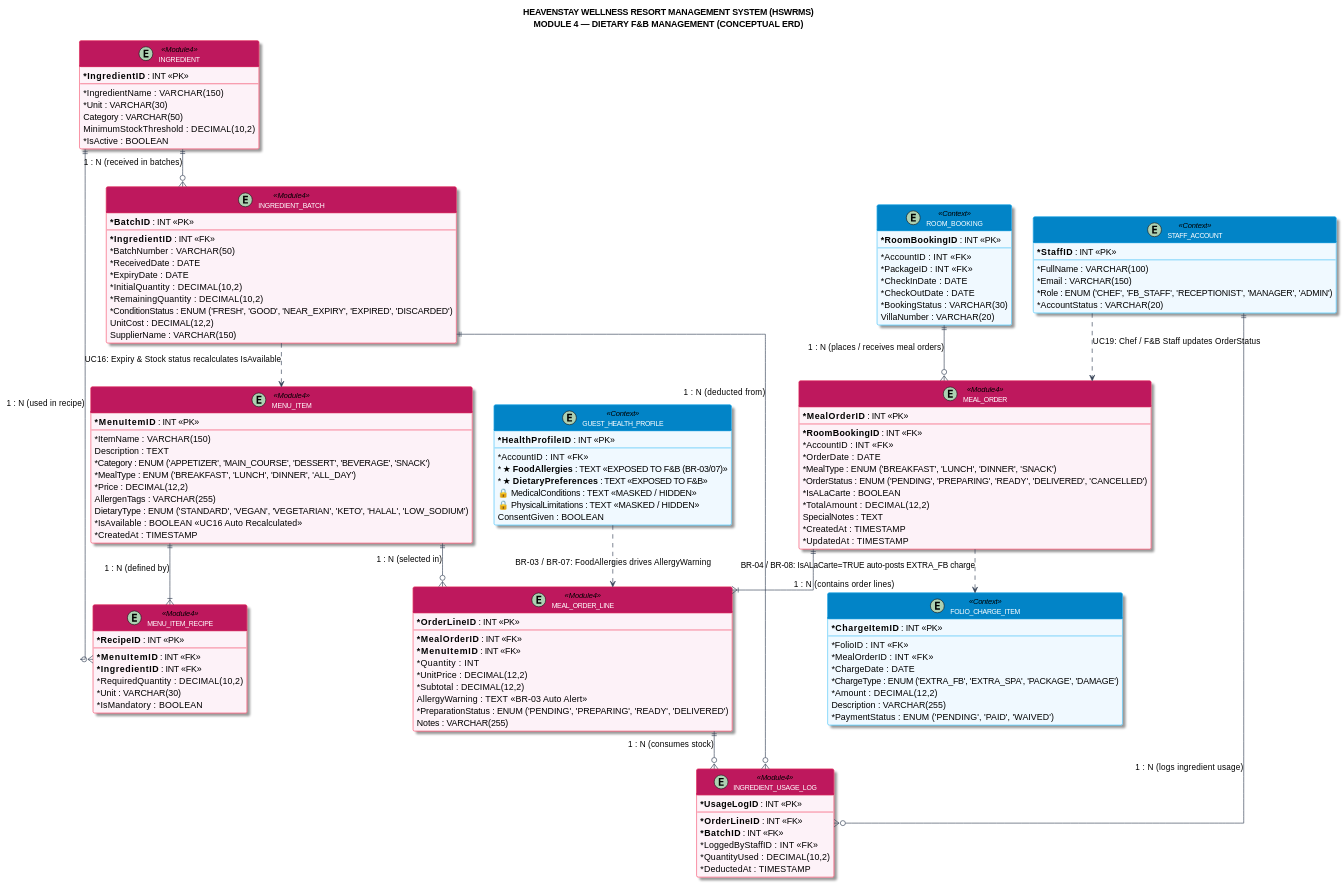
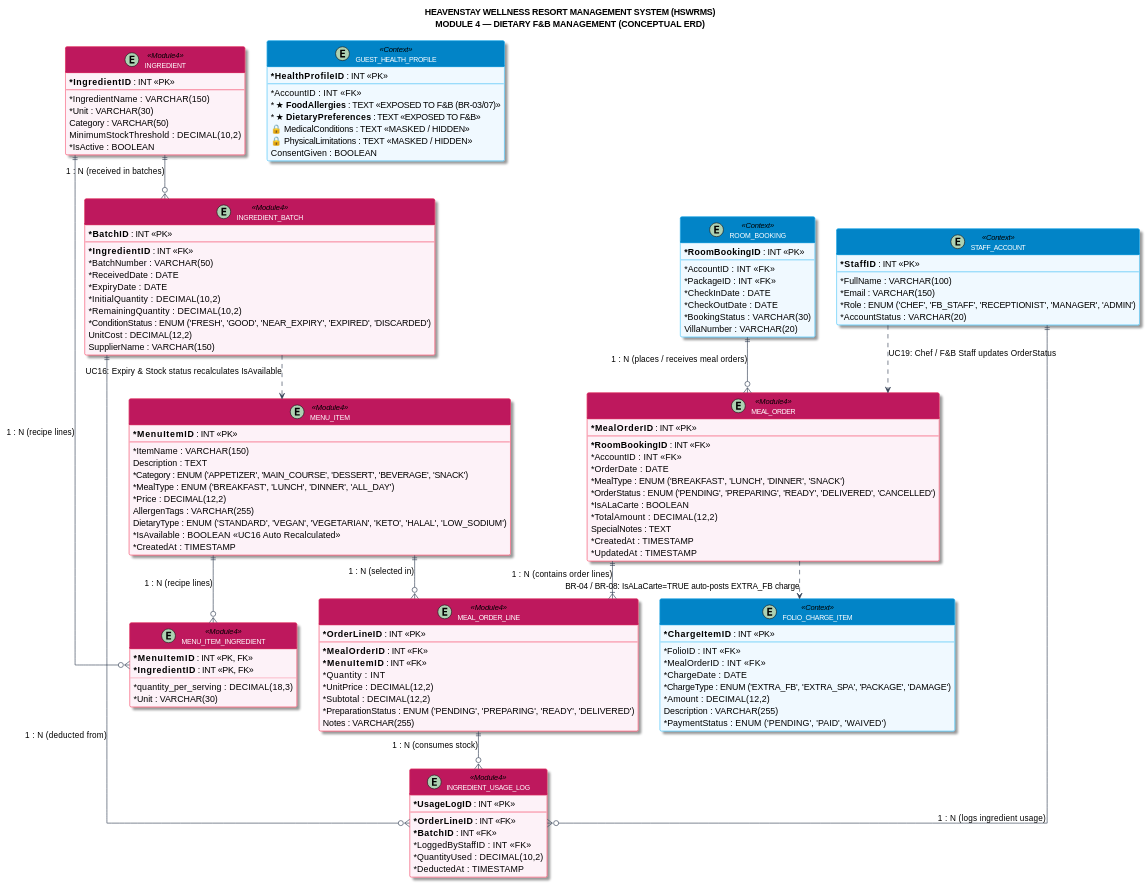
The diagram in 02_Requirement/HSWRMS_Conceptual_ERD_Module4.md (DZB1509/HSWRMS), drawn with PlantUML before and after one commit. The commit also changed other lines of this file and 6 other files, not shown here.

```diff
--- a/02_Requirement/HSWRMS_Conceptual_ERD_Module4.md
+++ b/02_Requirement/HSWRMS_Conceptual_ERD_Module4.md
@@ -326,7 +319,6 @@
     * Quantity : INT
     * UnitPrice : DECIMAL(12,2)
     * Subtotal : DECIMAL(12,2)
-    AllergyWarning : TEXT <<BR-03 Auto Alert>>
     * PreparationStatus : ENUM ('PENDING', 'PREPARING', 'READY', 'DELIVERED')
     Notes : VARCHAR(255)
 }
@@ -369,14 +361,11 @@
     SupplierName : VARCHAR(150)
 }
 
-entity "MENU_ITEM_RECIPE" as MENU_ITEM_RECIPE <<Module4>> {
-    * **RecipeID** : INT <<PK>>
-    --
-    * **MenuItemID** : INT <<FK>>
-    * **IngredientID** : INT <<FK>>
-    * RequiredQuantity : DECIMAL(10,2)
+entity "MENU_ITEM_INGREDIENT" as MENU_ITEM_INGREDIENT <<Module4>> {
+    * **MenuItemID** : INT <<PK, FK>>
+    * **IngredientID** : INT <<PK, FK>>
+    * quantity_per_serving : DECIMAL(18,3)
     * Unit : VARCHAR(30)
-    * IsMandatory : BOOLEAN
 }
 
 entity "INGREDIENT_USAGE_LOG" as INGREDIENT_USAGE_LOG <<Module4>> {
@@ -443,15 +432,14 @@
 ROOM_BOOKING ||--o{ MEAL_ORDER : "1 : N (places / receives meal orders)"
 MEAL_ORDER ||--|{ MEAL_ORDER_LINE : "1 : N (contains order lines)"
 MENU_ITEM ||--o{ MEAL_ORDER_LINE : "1 : N (selected in)"
-MENU_ITEM ||--|{ MENU_ITEM_RECIPE : "1 : N (defined by)"
-INGREDIENT ||--o{ MENU_ITEM_RECIPE : "1 : N (used in recipe)"
+MENU_ITEM ||--o{ MENU_ITEM_INGREDIENT : "1 : N (recipe lines)"
+INGREDIENT ||--o{ MENU_ITEM_INGREDIENT : "1 : N (recipe lines)"
 INGREDIENT ||--o{ INGREDIENT_BATCH : "1 : N (received in batches)"
 MEAL_ORDER_LINE ||--o{ INGREDIENT_USAGE_LOG : "1 : N (consumes stock)"
 INGREDIENT_BATCH ||--o{ INGREDIENT_USAGE_LOG : "1 : N (deducted from)"
 STAFF_ACCOUNT ||--o{ INGREDIENT_USAGE_LOG : "1 : N (logs ingredient usage)"
 
 ' Business Logic & Data Flow Integrations (Dashed Lines)
-GUEST_HEALTH_PROFILE ..> MEAL_ORDER_LINE : "BR-03 / BR-07: FoodAllergies drives AllergyWarning"
 MEAL_ORDER ..> FOLIO_CHARGE_ITEM : "BR-04 / BR-08: IsALaCarte=TRUE auto-posts EXTRA_FB charge"
 INGREDIENT_BATCH ..> MENU_ITEM : "UC16: Expiry & Stock status recalculates IsAvailable"
 STAFF_ACCOUNT ..> MEAL_ORDER : "UC19: Chef / F&B Staff updates OrderStatus"
```
